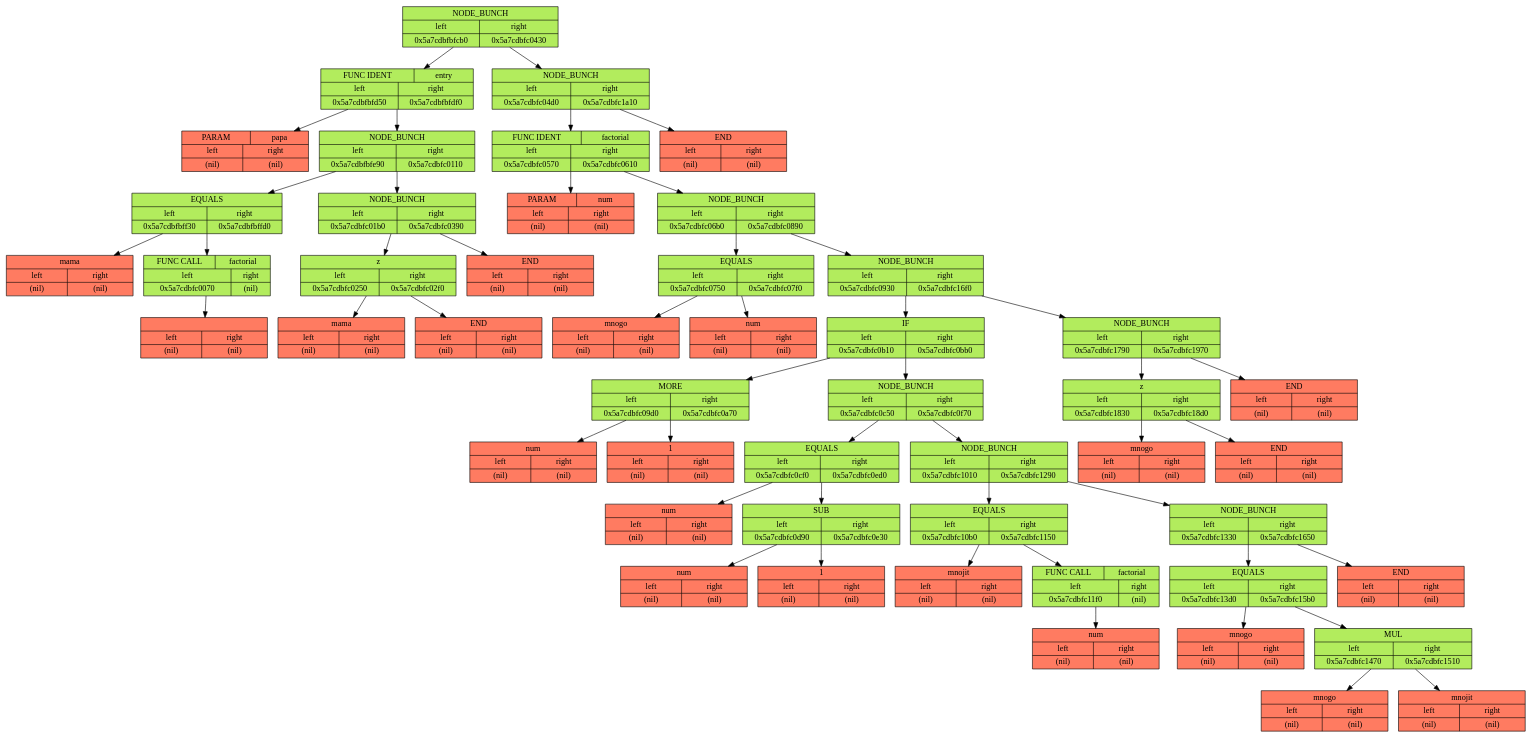
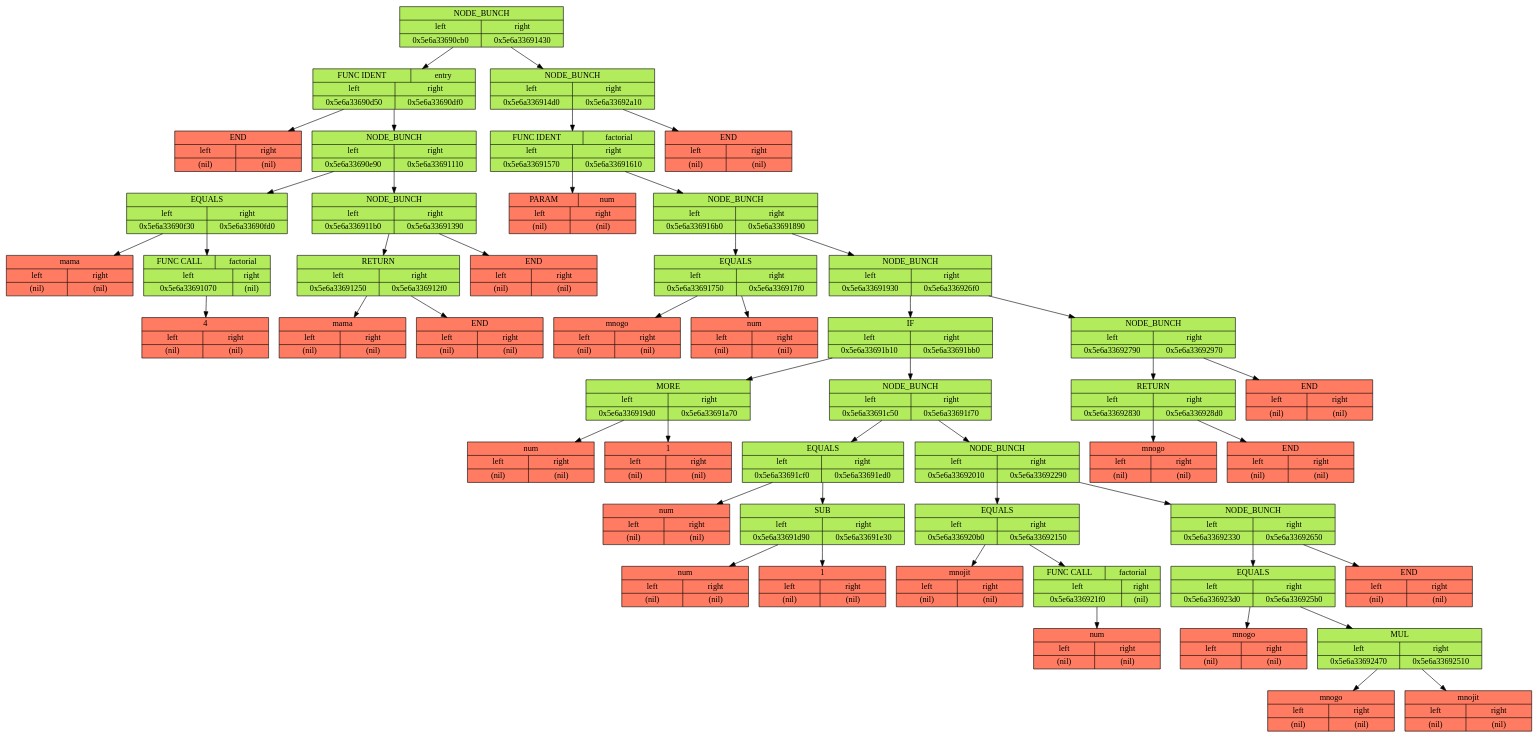
One commit to 4locker4/Language changed the diagram in GraphDump.dot. Above: the diagram before and after it, drawn with Graphviz. The commit also changed 13 other files, not shown here.

```diff
--- a/GraphDump.dot
+++ b/GraphDump.dot
@@ -2,150 +2,150 @@
 	rankdir=UD;
 	bgcolor="#FFFFFF";	node[color="black", fontsize=14];
 	fixedsize=true;
-	Q0x5a7cdbfbfc10[style=filled, shape=record, fillcolor="#B2EC5D", width=3, label ="{NODE_BUNCH | {{left | 0x5a7cdbfbfcb0} | {right | 0x5a7cdbfc0430}}}" ]
-	Q0x5a7cdbfbfcb0[style=filled, shape=record, fillcolor="#B2EC5D", width=3, label ="{{FUNC IDENT | entry} | {{left | 0x5a7cdbfbfd50} | {right | 0x5a7cdbfbfdf0}}}" ]
-	Q0x5a7cdbfbfd50[style=filled, shape=record, fillcolor="#FF7B61", width=3, label ="{{PARAM | papa} | {{left | (nil)} | {right | (nil)}}}" ]
+	Q0x5e6a33690c10[style=filled, shape=record, fillcolor="#B2EC5D", width=3, label ="{NODE_BUNCH | {{left | 0x5e6a33690cb0} | {right | 0x5e6a33691430}}}" ]
+	Q0x5e6a33690cb0[style=filled, shape=record, fillcolor="#B2EC5D", width=3, label ="{{FUNC IDENT | entry} | {{left | 0x5e6a33690d50} | {right | 0x5e6a33690df0}}}" ]
+	Q0x5e6a33690d50[style=filled, shape=record, fillcolor="#FF7B61", width=3, label ="{END | {{left | (nil)} | {right | (nil)}}}" ]
 
-	Q0x5a7cdbfbfdf0[style=filled, shape=record, fillcolor="#B2EC5D", width=3, label ="{NODE_BUNCH | {{left | 0x5a7cdbfbfe90} | {right | 0x5a7cdbfc0110}}}" ]
-	Q0x5a7cdbfbfe90[style=filled, shape=record, fillcolor="#B2EC5D", width=3, label ="{EQUALS | {{left | 0x5a7cdbfbff30} | {right | 0x5a7cdbfbffd0}}}" ]
-	Q0x5a7cdbfbff30[style=filled, shape=record, fillcolor="#FF7B61", width=3, label ="{mama | {{left | (nil)} | {right | (nil)}}}" ]
+	Q0x5e6a33690df0[style=filled, shape=record, fillcolor="#B2EC5D", width=3, label ="{NODE_BUNCH | {{left | 0x5e6a33690e90} | {right | 0x5e6a33691110}}}" ]
+	Q0x5e6a33690e90[style=filled, shape=record, fillcolor="#B2EC5D", width=3, label ="{EQUALS | {{left | 0x5e6a33690f30} | {right | 0x5e6a33690fd0}}}" ]
+	Q0x5e6a33690f30[style=filled, shape=record, fillcolor="#FF7B61", width=3, label ="{mama | {{left | (nil)} | {right | (nil)}}}" ]
 
-	Q0x5a7cdbfbffd0[style=filled, shape=record, fillcolor="#B2EC5D", width=3, label ="{{FUNC CALL | factorial} | {{left | 0x5a7cdbfc0070} | {right | (nil)}}}" ]
-	Q0x5a7cdbfc0070[style=filled, shape=record, fillcolor="#FF7B61", width=3, label ="{ | {{left | (nil)} | {right | (nil)}}}" ]
+	Q0x5e6a33690fd0[style=filled, shape=record, fillcolor="#B2EC5D", width=3, label ="{{FUNC CALL | factorial} | {{left | 0x5e6a33691070} | {right | (nil)}}}" ]
+	Q0x5e6a33691070[style=filled, shape=record, fillcolor="#FF7B61", width=3, label ="{4 | {{left | (nil)} | {right | (nil)}}}" ]
 
-	Q0x5a7cdbfbffd0 -> Q0x5a7cdbfc0070
+	Q0x5e6a33690fd0 -> Q0x5e6a33691070
 
-	Q0x5a7cdbfbfe90 -> Q0x5a7cdbfbff30
-	Q0x5a7cdbfbfe90 -> Q0x5a7cdbfbffd0
+	Q0x5e6a33690e90 -> Q0x5e6a33690f30
+	Q0x5e6a33690e90 -> Q0x5e6a33690fd0
 
-	Q0x5a7cdbfc0110[style=filled, shape=record, fillcolor="#B2EC5D", width=3, label ="{NODE_BUNCH | {{left | 0x5a7cdbfc01b0} | {right | 0x5a7cdbfc0390}}}" ]
-	Q0x5a7cdbfc01b0[style=filled, shape=record, fillcolor="#B2EC5D", width=3, label ="{z | {{left | 0x5a7cdbfc0250} | {right | 0x5a7cdbfc02f0}}}" ]
-	Q0x5a7cdbfc0250[style=filled, shape=record, fillcolor="#FF7B61", width=3, label ="{mama | {{left | (nil)} | {right | (nil)}}}" ]
+	Q0x5e6a33691110[style=filled, shape=record, fillcolor="#B2EC5D", width=3, label ="{NODE_BUNCH | {{left | 0x5e6a336911b0} | {right | 0x5e6a33691390}}}" ]
+	Q0x5e6a336911b0[style=filled, shape=record, fillcolor="#B2EC5D", width=3, label ="{RETURN | {{left | 0x5e6a33691250} | {right | 0x5e6a336912f0}}}" ]
+	Q0x5e6a33691250[style=filled, shape=record, fillcolor="#FF7B61", width=3, label ="{mama | {{left | (nil)} | {right | (nil)}}}" ]
 
-	Q0x5a7cdbfc02f0[style=filled, shape=record, fillcolor="#FF7B61", width=3, label ="{END | {{left | (nil)} | {right | (nil)}}}" ]
+	Q0x5e6a336912f0[style=filled, shape=record, fillcolor="#FF7B61", width=3, label ="{END | {{left | (nil)} | {right | (nil)}}}" ]
 
-	Q0x5a7cdbfc01b0 -> Q0x5a7cdbfc0250
-	Q0x5a7cdbfc01b0 -> Q0x5a7cdbfc02f0
+	Q0x5e6a336911b0 -> Q0x5e6a33691250
+	Q0x5e6a336911b0 -> Q0x5e6a336912f0
 
-	Q0x5a7cdbfc0390[style=filled, shape=record, fillcolor="#FF7B61", width=3, label ="{END | {{left | (nil)} | {right | (nil)}}}" ]
+	Q0x5e6a33691390[style=filled, shape=record, fillcolor="#FF7B61", width=3, label ="{END | {{left | (nil)} | {right | (nil)}}}" ]
 
-	Q0x5a7cdbfc0110 -> Q0x5a7cdbfc01b0
-	Q0x5a7cdbfc0110 -> Q0x5a7cdbfc0390
+	Q0x5e6a33691110 -> Q0x5e6a336911b0
+	Q0x5e6a33691110 -> Q0x5e6a33691390
 
-	Q0x5a7cdbfbfdf0 -> Q0x5a7cdbfbfe90
-	Q0x5a7cdbfbfdf0 -> Q0x5a7cdbfc0110
+	Q0x5e6a33690df0 -> Q0x5e6a33690e90
+	Q0x5e6a33690df0 -> Q0x5e6a33691110
 
-	Q0x5a7cdbfbfcb0 -> Q0x5a7cdbfbfd50
-	Q0x5a7cdbfbfcb0 -> Q0x5a7cdbfbfdf0
+	Q0x5e6a33690cb0 -> Q0x5e6a33690d50
+	Q0x5e6a33690cb0 -> Q0x5e6a33690df0
 
-	Q0x5a7cdbfc0430[style=filled, shape=record, fillcolor="#B2EC5D", width=3, label ="{NODE_BUNCH | {{left | 0x5a7cdbfc04d0} | {right | 0x5a7cdbfc1a10}}}" ]
-	Q0x5a7cdbfc04d0[style=filled, shape=record, fillcolor="#B2EC5D", width=3, label ="{{FUNC IDENT | factorial} | {{left | 0x5a7cdbfc0570} | {right | 0x5a7cdbfc0610}}}" ]
-	Q0x5a7cdbfc0570[style=filled, shape=record, fillcolor="#FF7B61", width=3, label ="{{PARAM | num} | {{left | (nil)} | {right | (nil)}}}" ]
+	Q0x5e6a33691430[style=filled, shape=record, fillcolor="#B2EC5D", width=3, label ="{NODE_BUNCH | {{left | 0x5e6a336914d0} | {right | 0x5e6a33692a10}}}" ]
+	Q0x5e6a336914d0[style=filled, shape=record, fillcolor="#B2EC5D", width=3, label ="{{FUNC IDENT | factorial} | {{left | 0x5e6a33691570} | {right | 0x5e6a33691610}}}" ]
+	Q0x5e6a33691570[style=filled, shape=record, fillcolor="#FF7B61", width=3, label ="{{PARAM | num} | {{left | (nil)} | {right | (nil)}}}" ]
 
-	Q0x5a7cdbfc0610[style=filled, shape=record, fillcolor="#B2EC5D", width=3, label ="{NODE_BUNCH | {{left | 0x5a7cdbfc06b0} | {right | 0x5a7cdbfc0890}}}" ]
-	Q0x5a7cdbfc06b0[style=filled, shape=record, fillcolor="#B2EC5D", width=3, label ="{EQUALS | {{left | 0x5a7cdbfc0750} | {right | 0x5a7cdbfc07f0}}}" ]
-	Q0x5a7cdbfc0750[style=filled, shape=record, fillcolor="#FF7B61", width=3, label ="{mnogo | {{left | (nil)} | {right | (nil)}}}" ]
+	Q0x5e6a33691610[style=filled, shape=record, fillcolor="#B2EC5D", width=3, label ="{NODE_BUNCH | {{left | 0x5e6a336916b0} | {right | 0x5e6a33691890}}}" ]
+	Q0x5e6a336916b0[style=filled, shape=record, fillcolor="#B2EC5D", width=3, label ="{EQUALS | {{left | 0x5e6a33691750} | {right | 0x5e6a336917f0}}}" ]
+	Q0x5e6a33691750[style=filled, shape=record, fillcolor="#FF7B61", width=3, label ="{mnogo | {{left | (nil)} | {right | (nil)}}}" ]
 
-	Q0x5a7cdbfc07f0[style=filled, shape=record, fillcolor="#FF7B61", width=3, label ="{num | {{left | (nil)} | {right | (nil)}}}" ]
+	Q0x5e6a336917f0[style=filled, shape=record, fillcolor="#FF7B61", width=3, label ="{num | {{left | (nil)} | {right | (nil)}}}" ]
 
-	Q0x5a7cdbfc06b0 -> Q0x5a7cdbfc0750
-	Q0x5a7cdbfc06b0 -> Q0x5a7cdbfc07f0
+	Q0x5e6a336916b0 -> Q0x5e6a33691750
+	Q0x5e6a336916b0 -> Q0x5e6a336917f0
 
-	Q0x5a7cdbfc0890[style=filled, shape=record, fillcolor="#B2EC5D", width=3, label ="{NODE_BUNCH | {{left | 0x5a7cdbfc0930} | {right | 0x5a7cdbfc16f0}}}" ]
-	Q0x5a7cdbfc0930[style=filled, shape=record, fillcolor="#B2EC5D", width=3, label ="{IF | {{left | 0x5a7cdbfc0b10} | {right | 0x5a7cdbfc0bb0}}}" ]
-	Q0x5a7cdbfc0b10[style=filled, shape=record, fillcolor="#B2EC5D", width=3, label ="{MORE | {{left | 0x5a7cdbfc09d0} | {right | 0x5a7cdbfc0a70}}}" ]
-	Q0x5a7cdbfc09d0[style=filled, shape=record, fillcolor="#FF7B61", width=3, label ="{num | {{left | (nil)} | {right | (nil)}}}" ]
+	Q0x5e6a33691890[style=filled, shape=record, fillcolor="#B2EC5D", width=3, label ="{NODE_BUNCH | {{left | 0x5e6a33691930} | {right | 0x5e6a336926f0}}}" ]
+	Q0x5e6a33691930[style=filled, shape=record, fillcolor="#B2EC5D", width=3, label ="{IF | {{left | 0x5e6a33691b10} | {right | 0x5e6a33691bb0}}}" ]
+	Q0x5e6a33691b10[style=filled, shape=record, fillcolor="#B2EC5D", width=3, label ="{MORE | {{left | 0x5e6a336919d0} | {right | 0x5e6a33691a70}}}" ]
+	Q0x5e6a336919d0[style=filled, shape=record, fillcolor="#FF7B61", width=3, label ="{num | {{left | (nil)} | {right | (nil)}}}" ]
 
-	Q0x5a7cdbfc0a70[style=filled, shape=record, fillcolor="#FF7B61", width=3, label ="{1 | {{left | (nil)} | {right | (nil)}}}" ]
+	Q0x5e6a33691a70[style=filled, shape=record, fillcolor="#FF7B61", width=3, label ="{1 | {{left | (nil)} | {right | (nil)}}}" ]
 
-	Q0x5a7cdbfc0b10 -> Q0x5a7cdbfc09d0
-	Q0x5a7cdbfc0b10 -> Q0x5a7cdbfc0a70
+	Q0x5e6a33691b10 -> Q0x5e6a336919d0
+	Q0x5e6a33691b10 -> Q0x5e6a33691a70
 
-	Q0x5a7cdbfc0bb0[style=filled, shape=record, fillcolor="#B2EC5D", width=3, label ="{NODE_BUNCH | {{left | 0x5a7cdbfc0c50} | {right | 0x5a7cdbfc0f70}}}" ]
-	Q0x5a7cdbfc0c50[style=filled, shape=record, fillcolor="#B2EC5D", width=3, label ="{EQUALS | {{left | 0x5a7cdbfc0cf0} | {right | 0x5a7cdbfc0ed0}}}" ]
-	Q0x5a7cdbfc0cf0[style=filled, shape=record, fillcolor="#FF7B61", width=3, label ="{num | {{left | (nil)} | {right | (nil)}}}" ]
+	Q0x5e6a33691bb0[style=filled, shape=record, fillcolor="#B2EC5D", width=3, label ="{NODE_BUNCH | {{left | 0x5e6a33691c50} | {right | 0x5e6a33691f70}}}" ]
+	Q0x5e6a33691c50[style=filled, shape=record, fillcolor="#B2EC5D", width=3, label ="{EQUALS | {{left | 0x5e6a33691cf0} | {right | 0x5e6a33691ed0}}}" ]
+	Q0x5e6a33691cf0[style=filled, shape=record, fillcolor="#FF7B61", width=3, label ="{num | {{left | (nil)} | {right | (nil)}}}" ]
 
-	Q0x5a7cdbfc0ed0[style=filled, shape=record, fillcolor="#B2EC5D", width=3, label ="{SUB | {{left | 0x5a7cdbfc0d90} | {right | 0x5a7cdbfc0e30}}}" ]
-	Q0x5a7cdbfc0d90[style=filled, shape=record, fillcolor="#FF7B61", width=3, label ="{num | {{left | (nil)} | {right | (nil)}}}" ]
+	Q0x5e6a33691ed0[style=filled, shape=record, fillcolor="#B2EC5D", width=3, label ="{SUB | {{left | 0x5e6a33691d90} | {right | 0x5e6a33691e30}}}" ]
+	Q0x5e6a33691d90[style=filled, shape=record, fillcolor="#FF7B61", width=3, label ="{num | {{left | (nil)} | {right | (nil)}}}" ]
 
-	Q0x5a7cdbfc0e30[style=filled, shape=record, fillcolor="#FF7B61", width=3, label ="{1 | {{left | (nil)} | {right | (nil)}}}" ]
+	Q0x5e6a33691e30[style=filled, shape=record, fillcolor="#FF7B61", width=3, label ="{1 | {{left | (nil)} | {right | (nil)}}}" ]
 
-	Q0x5a7cdbfc0ed0 -> Q0x5a7cdbfc0d90
-	Q0x5a7cdbfc0ed0 -> Q0x5a7cdbfc0e30
+	Q0x5e6a33691ed0 -> Q0x5e6a33691d90
+	Q0x5e6a33691ed0 -> Q0x5e6a33691e30
 
-	Q0x5a7cdbfc0c50 -> Q0x5a7cdbfc0cf0
-	Q0x5a7cdbfc0c50 -> Q0x5a7cdbfc0ed0
+	Q0x5e6a33691c50 -> Q0x5e6a33691cf0
+	Q0x5e6a33691c50 -> Q0x5e6a33691ed0
 
-	Q0x5a7cdbfc0f70[style=filled, shape=record, fillcolor="#B2EC5D", width=3, label ="{NODE_BUNCH | {{left | 0x5a7cdbfc1010} | {right | 0x5a7cdbfc1290}}}" ]
-	Q0x5a7cdbfc1010[style=filled, shape=record, fillcolor="#B2EC5D", width=3, label ="{EQUALS | {{left | 0x5a7cdbfc10b0} | {right | 0x5a7cdbfc1150}}}" ]
-	Q0x5a7cdbfc10b0[style=filled, shape=record, fillcolor="#FF7B61", width=3, label ="{mnojit | {{left | (nil)} | {right | (nil)}}}" ]
+	Q0x5e6a33691f70[style=filled, shape=record, fillcolor="#B2EC5D", width=3, label ="{NODE_BUNCH | {{left | 0x5e6a33692010} | {right | 0x5e6a33692290}}}" ]
+	Q0x5e6a33692010[style=filled, shape=record, fillcolor="#B2EC5D", width=3, label ="{EQUALS | {{left | 0x5e6a336920b0} | {right | 0x5e6a33692150}}}" ]
+	Q0x5e6a336920b0[style=filled, shape=record, fillcolor="#FF7B61", width=3, label ="{mnojit | {{left | (nil)} | {right | (nil)}}}" ]
 
-	Q0x5a7cdbfc1150[style=filled, shape=record, fillcolor="#B2EC5D", width=3, label ="{{FUNC CALL | factorial} | {{left | 0x5a7cdbfc11f0} | {right | (nil)}}}" ]
-	Q0x5a7cdbfc11f0[style=filled, shape=record, fillcolor="#FF7B61", width=3, label ="{num | {{left | (nil)} | {right | (nil)}}}" ]
+	Q0x5e6a33692150[style=filled, shape=record, fillcolor="#B2EC5D", width=3, label ="{{FUNC CALL | factorial} | {{left | 0x5e6a336921f0} | {right | (nil)}}}" ]
+	Q0x5e6a336921f0[style=filled, shape=record, fillcolor="#FF7B61", width=3, label ="{num | {{left | (nil)} | {right | (nil)}}}" ]
 
-	Q0x5a7cdbfc1150 -> Q0x5a7cdbfc11f0
+	Q0x5e6a33692150 -> Q0x5e6a336921f0
 
-	Q0x5a7cdbfc1010 -> Q0x5a7cdbfc10b0
-	Q0x5a7cdbfc1010 -> Q0x5a7cdbfc1150
+	Q0x5e6a33692010 -> Q0x5e6a336920b0
+	Q0x5e6a33692010 -> Q0x5e6a33692150
 
-	Q0x5a7cdbfc1290[style=filled, shape=record, fillcolor="#B2EC5D", width=3, label ="{NODE_BUNCH | {{left | 0x5a7cdbfc1330} | {right | 0x5a7cdbfc1650}}}" ]
-	Q0x5a7cdbfc1330[style=filled, shape=record, fillcolor="#B2EC5D", width=3, label ="{EQUALS | {{left | 0x5a7cdbfc13d0} | {right | 0x5a7cdbfc15b0}}}" ]
-	Q0x5a7cdbfc13d0[style=filled, shape=record, fillcolor="#FF7B61", width=3, label ="{mnogo | {{left | (nil)} | {right | (nil)}}}" ]
+	Q0x5e6a33692290[style=filled, shape=record, fillcolor="#B2EC5D", width=3, label ="{NODE_BUNCH | {{left | 0x5e6a33692330} | {right | 0x5e6a33692650}}}" ]
+	Q0x5e6a33692330[style=filled, shape=record, fillcolor="#B2EC5D", width=3, label ="{EQUALS | {{left | 0x5e6a336923d0} | {right | 0x5e6a336925b0}}}" ]
+	Q0x5e6a336923d0[style=filled, shape=record, fillcolor="#FF7B61", width=3, label ="{mnogo | {{left | (nil)} | {right | (nil)}}}" ]
 
-	Q0x5a7cdbfc15b0[style=filled, shape=record, fillcolor="#B2EC5D", width=3, label ="{MUL | {{left | 0x5a7cdbfc1470} | {right | 0x5a7cdbfc1510}}}" ]
-	Q0x5a7cdbfc1470[style=filled, shape=record, fillcolor="#FF7B61", width=3, label ="{mnogo | {{left | (nil)} | {right | (nil)}}}" ]
+	Q0x5e6a336925b0[style=filled, shape=record, fillcolor="#B2EC5D", width=3, label ="{MUL | {{left | 0x5e6a33692470} | {right | 0x5e6a33692510}}}" ]
+	Q0x5e6a33692470[style=filled, shape=record, fillcolor="#FF7B61", width=3, label ="{mnogo | {{left | (nil)} | {right | (nil)}}}" ]
 
-	Q0x5a7cdbfc1510[style=filled, shape=record, fillcolor="#FF7B61", width=3, label ="{mnojit | {{left | (nil)} | {right | (nil)}}}" ]
+	Q0x5e6a33692510[style=filled, shape=record, fillcolor="#FF7B61", width=3, label ="{mnojit | {{left | (nil)} | {right | (nil)}}}" ]
 
-	Q0x5a7cdbfc15b0 -> Q0x5a7cdbfc1470
-	Q0x5a7cdbfc15b0 -> Q0x5a7cdbfc1510
+	Q0x5e6a336925b0 -> Q0x5e6a33692470
+	Q0x5e6a336925b0 -> Q0x5e6a33692510
 
-	Q0x5a7cdbfc1330 -> Q0x5a7cdbfc13d0
-	Q0x5a7cdbfc1330 -> Q0x5a7cdbfc15b0
+	Q0x5e6a33692330 -> Q0x5e6a336923d0
+	Q0x5e6a33692330 -> Q0x5e6a336925b0
 
-	Q0x5a7cdbfc1650[style=filled, shape=record, fillcolor="#FF7B61", width=3, label ="{END | {{left | (nil)} | {right | (nil)}}}" ]
+	Q0x5e6a33692650[style=filled, shape=record, fillcolor="#FF7B61", width=3, label ="{END | {{left | (nil)} | {right | (nil)}}}" ]
 
-	Q0x5a7cdbfc1290 -> Q0x5a7cdbfc1330
-	Q0x5a7cdbfc1290 -> Q0x5a7cdbfc1650
+	Q0x5e6a33692290 -> Q0x5e6a33692330
+	Q0x5e6a33692290 -> Q0x5e6a33692650
 
-	Q0x5a7cdbfc0f70 -> Q0x5a7cdbfc1010
-	Q0x5a7cdbfc0f70 -> Q0x5a7cdbfc1290
+	Q0x5e6a33691f70 -> Q0x5e6a33692010
+	Q0x5e6a33691f70 -> Q0x5e6a33692290
 
-	Q0x5a7cdbfc0bb0 -> Q0x5a7cdbfc0c50
-	Q0x5a7cdbfc0bb0 -> Q0x5a7cdbfc0f70
+	Q0x5e6a33691bb0 -> Q0x5e6a33691c50
+	Q0x5e6a33691bb0 -> Q0x5e6a33691f70
 
-	Q0x5a7cdbfc0930 -> Q0x5a7cdbfc0b10
-	Q0x5a7cdbfc0930 -> Q0x5a7cdbfc0bb0
+	Q0x5e6a33691930 -> Q0x5e6a33691b10
+	Q0x5e6a33691930 -> Q0x5e6a33691bb0
 
-	Q0x5a7cdbfc16f0[style=filled, shape=record, fillcolor="#B2EC5D", width=3, label ="{NODE_BUNCH | {{left | 0x5a7cdbfc1790} | {right | 0x5a7cdbfc1970}}}" ]
-	Q0x5a7cdbfc1790[style=filled, shape=record, fillcolor="#B2EC5D", width=3, label ="{z | {{left | 0x5a7cdbfc1830} | {right | 0x5a7cdbfc18d0}}}" ]
-	Q0x5a7cdbfc1830[style=filled, shape=record, fillcolor="#FF7B61", width=3, label ="{mnogo | {{left | (nil)} | {right | (nil)}}}" ]
+	Q0x5e6a336926f0[style=filled, shape=record, fillcolor="#B2EC5D", width=3, label ="{NODE_BUNCH | {{left | 0x5e6a33692790} | {right | 0x5e6a33692970}}}" ]
+	Q0x5e6a33692790[style=filled, shape=record, fillcolor="#B2EC5D", width=3, label ="{RETURN | {{left | 0x5e6a33692830} | {right | 0x5e6a336928d0}}}" ]
+	Q0x5e6a33692830[style=filled, shape=record, fillcolor="#FF7B61", width=3, label ="{mnogo | {{left | (nil)} | {right | (nil)}}}" ]
 
-	Q0x5a7cdbfc18d0[style=filled, shape=record, fillcolor="#FF7B61", width=3, label ="{END | {{left | (nil)} | {right | (nil)}}}" ]
+	Q0x5e6a336928d0[style=filled, shape=record, fillcolor="#FF7B61", width=3, label ="{END | {{left | (nil)} | {right | (nil)}}}" ]
 
-	Q0x5a7cdbfc1790 -> Q0x5a7cdbfc1830
-	Q0x5a7cdbfc1790 -> Q0x5a7cdbfc18d0
+	Q0x5e6a33692790 -> Q0x5e6a33692830
+	Q0x5e6a33692790 -> Q0x5e6a336928d0
 
-	Q0x5a7cdbfc1970[style=filled, shape=record, fillcolor="#FF7B61", width=3, label ="{END | {{left | (nil)} | {right | (nil)}}}" ]
+	Q0x5e6a33692970[style=filled, shape=record, fillcolor="#FF7B61", width=3, label ="{END | {{left | (nil)} | {right | (nil)}}}" ]
 
-	Q0x5a7cdbfc16f0 -> Q0x5a7cdbfc1790
-	Q0x5a7cdbfc16f0 -> Q0x5a7cdbfc1970
+	Q0x5e6a336926f0 -> Q0x5e6a33692790
+	Q0x5e6a336926f0 -> Q0x5e6a33692970
 
-	Q0x5a7cdbfc0890 -> Q0x5a7cdbfc0930
-	Q0x5a7cdbfc0890 -> Q0x5a7cdbfc16f0
+	Q0x5e6a33691890 -> Q0x5e6a33691930
+	Q0x5e6a33691890 -> Q0x5e6a336926f0
 
-	Q0x5a7cdbfc0610 -> Q0x5a7cdbfc06b0
-	Q0x5a7cdbfc0610 -> Q0x5a7cdbfc0890
+	Q0x5e6a33691610 -> Q0x5e6a336916b0
+	Q0x5e6a33691610 -> Q0x5e6a33691890
 
-	Q0x5a7cdbfc04d0 -> Q0x5a7cdbfc0570
-	Q0x5a7cdbfc04d0 -> Q0x5a7cdbfc0610
+	Q0x5e6a336914d0 -> Q0x5e6a33691570
+	Q0x5e6a336914d0 -> Q0x5e6a33691610
 
-	Q0x5a7cdbfc1a10[style=filled, shape=record, fillcolor="#FF7B61", width=3, label ="{END | {{left | (nil)} | {right | (nil)}}}" ]
+	Q0x5e6a33692a10[style=filled, shape=record, fillcolor="#FF7B61", width=3, label ="{END | {{left | (nil)} | {right | (nil)}}}" ]
 
-	Q0x5a7cdbfc0430 -> Q0x5a7cdbfc04d0
-	Q0x5a7cdbfc0430 -> Q0x5a7cdbfc1a10
+	Q0x5e6a33691430 -> Q0x5e6a336914d0
+	Q0x5e6a33691430 -> Q0x5e6a33692a10
 
-	Q0x5a7cdbfbfc10 -> Q0x5a7cdbfbfcb0
-	Q0x5a7cdbfbfc10 -> Q0x5a7cdbfc0430
+	Q0x5e6a33690c10 -> Q0x5e6a33690cb0
+	Q0x5e6a33690c10 -> Q0x5e6a33691430
 
 }
```
